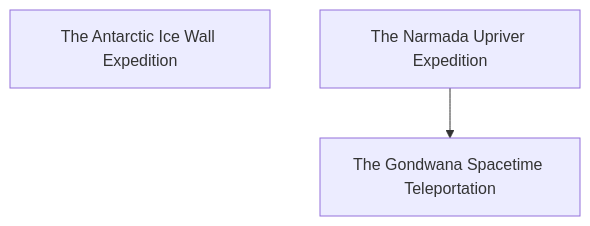
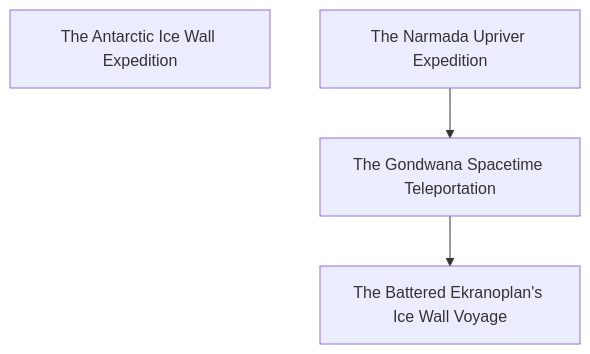
One commit to lordlebu/SouthOfTethys changed the fifth of 6 diagrams in docs/atlas.md. Above: the diagram before and after it, drawn with Mermaid. The commit also changed other lines of this file and 14 other files, not shown here.

````diff
--- a/docs/atlas.md
+++ b/docs/atlas.md
@@ -206,7 +206,9 @@
 ```mermaid
 graph TD
     E0["The Antarctic Ice Wall Expedition"]
     E1["The Narmada Upriver Expedition"]
     E2["The Gondwana Spacetime Teleportation"]
+    E3["The Battered Ekranoplan's Ice Wall Voyage"]
     E1 --> E2
+    E2 --> E3
 ```
````
